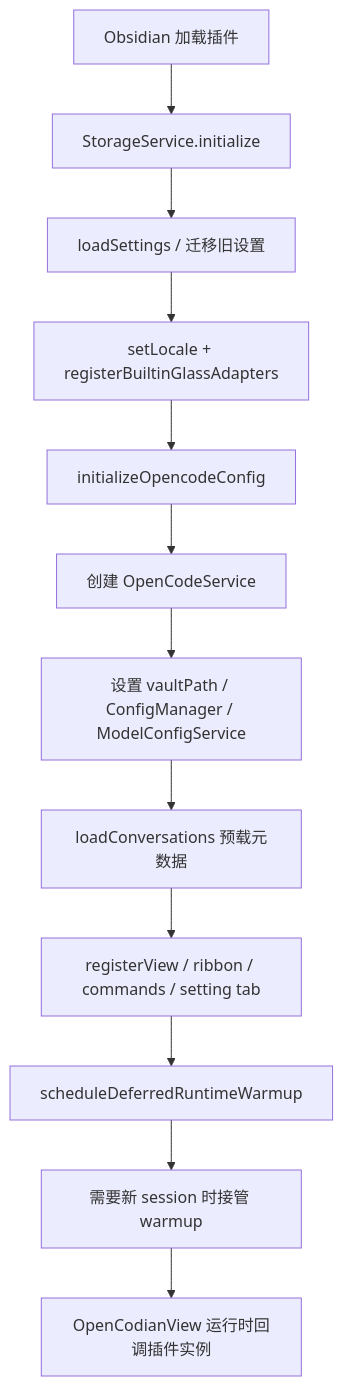
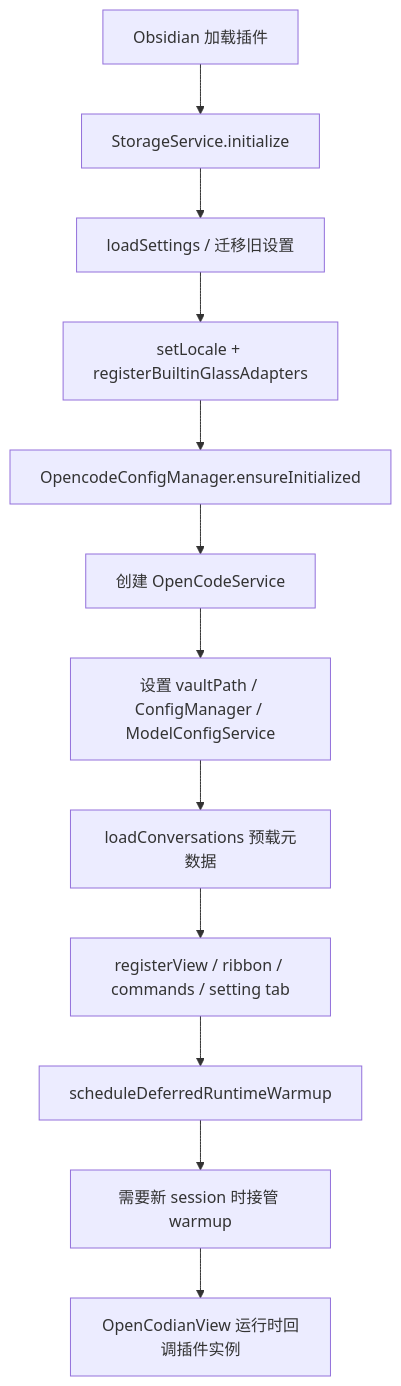
Before and after one commit to OCDcreator/opencodian: the diagram in docs/modules/entry-point/main.md, drawn with Mermaid. The commit also changed other lines of this file, not shown here.

Commit message:
docs(master-14): update entry-point/main.md to reflect config bootstrap ownership move

````diff
--- a/docs/modules/entry-point/main.md
+++ b/docs/modules/entry-point/main.md
@@ -188,14 +188,14 @@
 ```mermaid
 graph TD
     A[Obsidian 加载插件] --> B[StorageService.initialize]
     B --> C[loadSettings / 迁移旧设置]
     C --> D[setLocale + registerBuiltinGlassAdapters]
-    D --> E[initializeOpencodeConfig]
+    D --> E[OpencodeConfigManager.ensureInitialized]
     E --> F[创建 OpenCodeService]
     F --> G[设置 vaultPath / ConfigManager / ModelConfigService]
     G --> H[loadConversations 预载元数据]
     H --> I[registerView / ribbon / commands / setting tab]
     I --> J[scheduleDeferredRuntimeWarmup]
     J --> K[需要新 session 时接管 warmup]
     K --> L[OpenCodianView 运行时回调插件实例]
 ```
````
